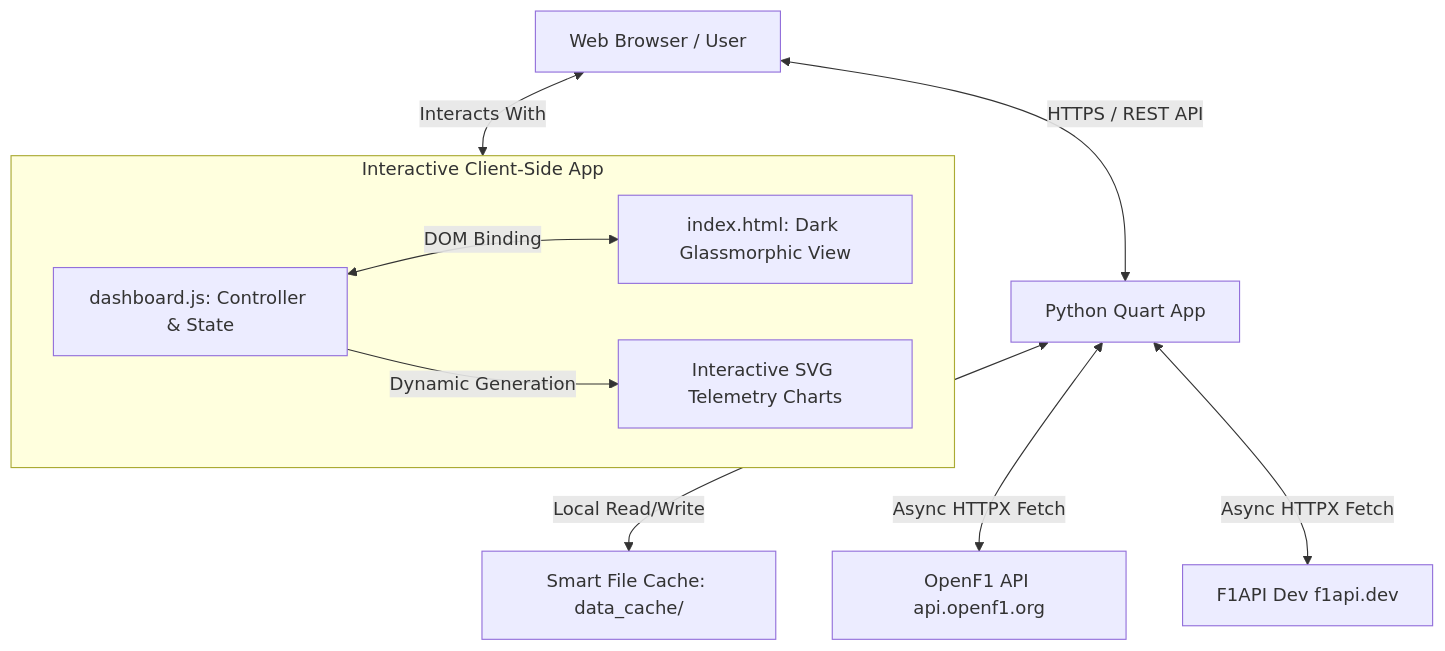
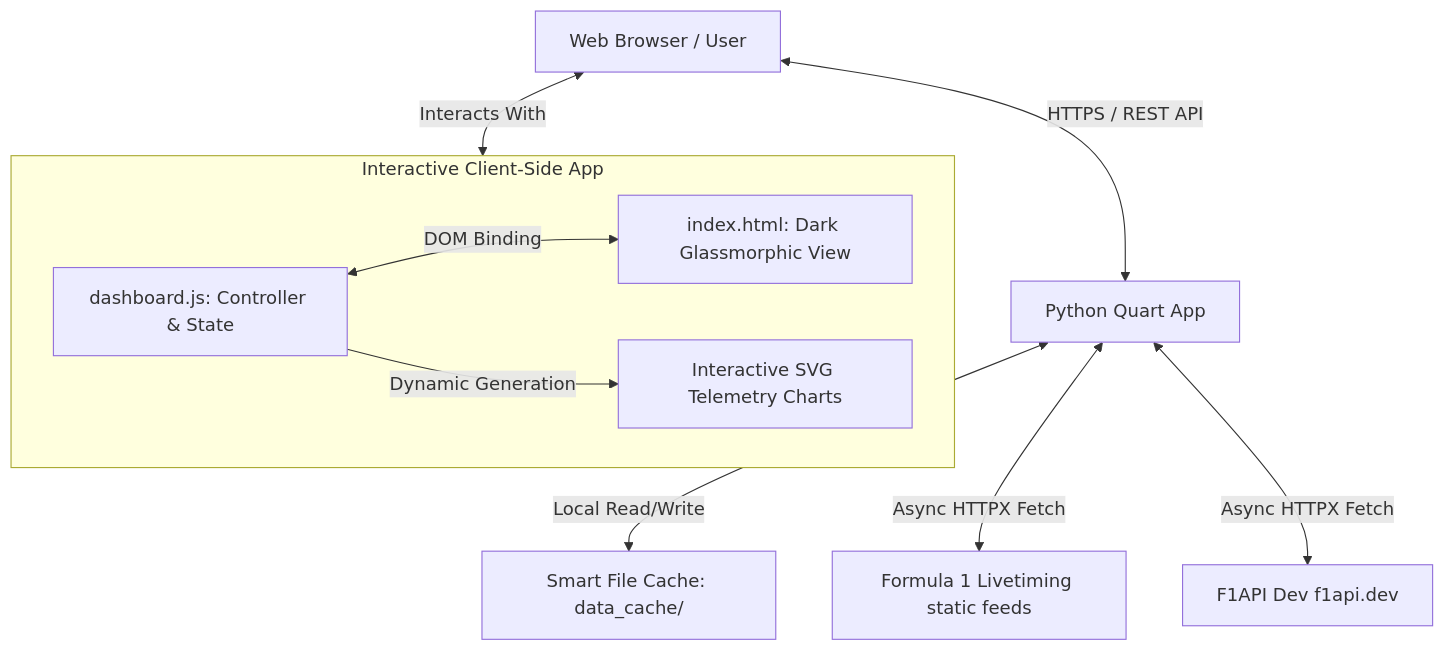
Before and after one commit to baha2046/f1dashbroad: the diagram in README.md, drawn with Mermaid. The commit also changed other lines of this file and 29 other files, not shown here.

````diff
--- a/README.md
+++ b/README.md
@@ -14,14 +14,14 @@
 ```mermaid
 graph TD
     Client[Web Browser / User] <-->|HTTPS / REST API| Backend[Python Quart App]
     Backend <-->|Local Read/Write| Cache[Smart File Cache: data_cache/]
-    Backend <-->|Async HTTPX Fetch| OpenF1[OpenF1 API api.openf1.org]
+    Backend <-->|Async HTTPX Fetch| Livetiming[Formula 1 Livetiming static feeds]
     Backend <-->|Async HTTPX Fetch| F1ApiDev[F1API Dev f1api.dev]
     
     subgraph Frontend [Interactive Client-Side App]
         JS[dashboard.js: Controller & State] <-->|DOM Binding| HTML[index.html: Dark Glassmorphic View]
         JS -->|Dynamic Generation| SVG[Interactive SVG Telemetry Charts]
     end
     
     Client <-->|Interacts With| Frontend
 ```
````
